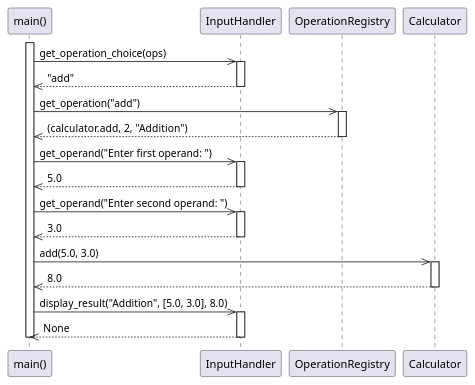
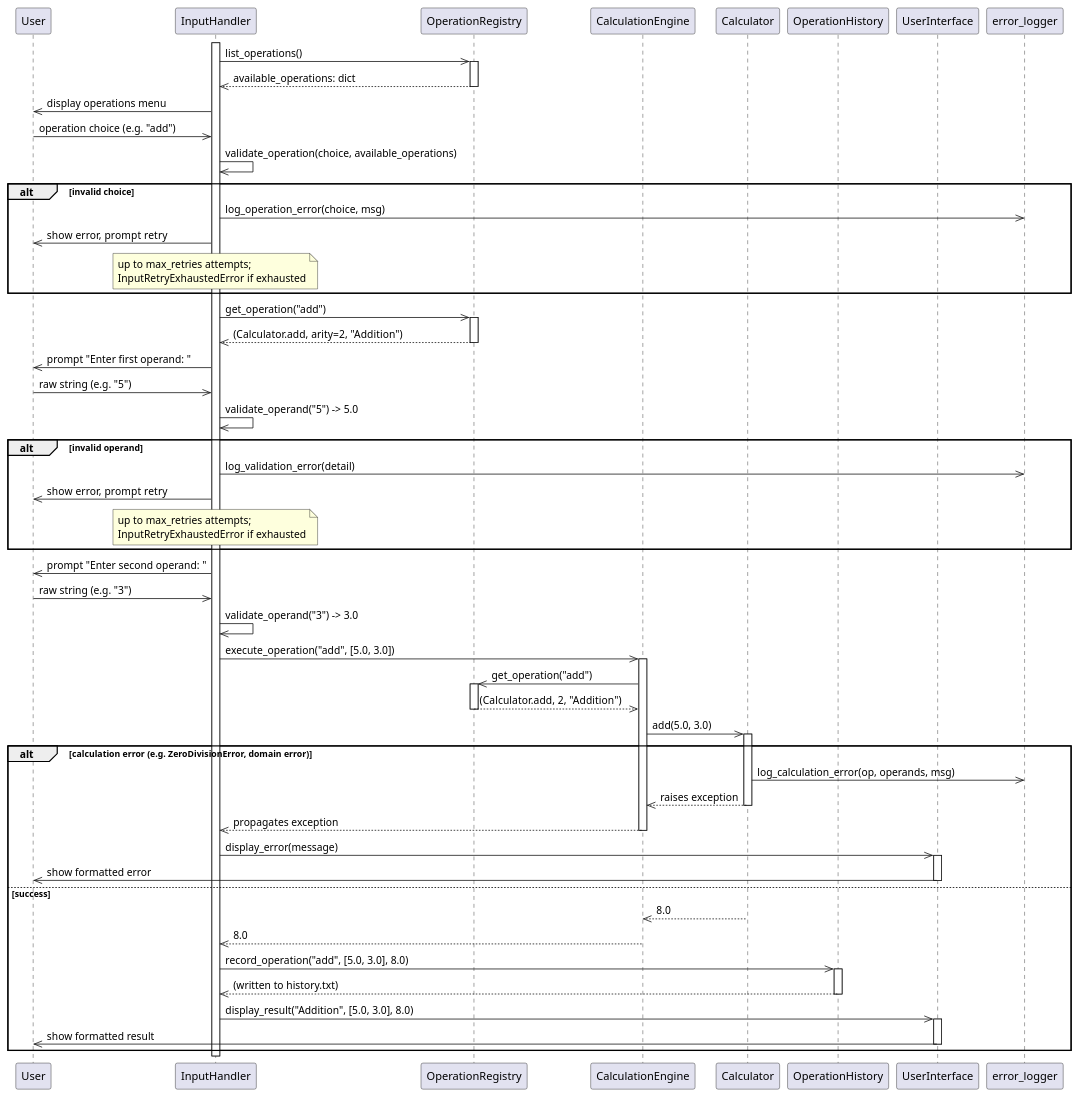
Before and after one commit to DanielRiha8906/Calculator_bachelor_autoevolution_team: the diagram in artifacts/sequence_diagram_operation_execution.puml, drawn with PlantUML. The commit also changed 3 other files, not shown here.

Commit message:
docs: update PlantUML diagrams for current architecture

```diff
--- a/artifacts/sequence_diagram_operation_execution.puml
+++ b/artifacts/sequence_diagram_operation_execution.puml
@@ -1,42 +1,89 @@
 @startuml sequence_diagram_operation_execution
 
-participant "main()" as main
+participant "User" as user
 participant "InputHandler" as handler
 participant "OperationRegistry" as registry
+participant "CalculationEngine" as engine
 participant "Calculator" as calc
+participant "OperationHistory" as history
+participant "UserInterface" as ui
+participant "error_logger" as logger
 
-activate main
+activate handler
 
-main ->> handler : get_operation_choice(ops)
-activate handler
-handler -->> main : "add"
+handler ->> registry : list_operations()
+activate registry
+registry -->> handler : available_operations: dict
+deactivate registry
+
+handler ->> user : display operations menu
+user ->> handler : operation choice (e.g. "add")
+
+handler ->> handler : validate_operation(choice, available_operations)
+
+alt invalid choice
+    handler ->> logger : log_operation_error(choice, msg)
+    handler ->> user : show error, prompt retry
+    note over handler : up to max_retries attempts;\nInputRetryExhaustedError if exhausted
+end
+
+handler ->> registry : get_operation("add")
+activate registry
+registry -->> handler : (Calculator.add, arity=2, "Addition")
+deactivate registry
+
+handler ->> user : prompt "Enter first operand: "
+user ->> handler : raw string (e.g. "5")
+handler ->> handler : validate_operand("5") -> 5.0
+
+alt invalid operand
+    handler ->> logger : log_validation_error(detail)
+    handler ->> user : show error, prompt retry
+    note over handler : up to max_retries attempts;\nInputRetryExhaustedError if exhausted
+end
+
+handler ->> user : prompt "Enter second operand: "
+user ->> handler : raw string (e.g. "3")
+handler ->> handler : validate_operand("3") -> 3.0
+
+handler ->> engine : execute_operation("add", [5.0, 3.0])
+activate engine
+
+engine ->> registry : get_operation("add")
+activate registry
+registry -->> engine : (Calculator.add, 2, "Addition")
+deactivate registry
+
+engine ->> calc : add(5.0, 3.0)
+activate calc
+
+alt calculation error (e.g. ZeroDivisionError, domain error)
+    calc ->> logger : log_calculation_error(op, operands, msg)
+    calc -->> engine : raises exception
+    deactivate calc
+    engine -->> handler : propagates exception
+    deactivate engine
+    handler ->> ui : display_error(message)
+    activate ui
+    ui ->> user : show formatted error
+    deactivate ui
+else success
+    calc -->> engine : 8.0
+    deactivate calc
+    engine -->> handler : 8.0
+    deactivate engine
+
+    handler ->> history : record_operation("add", [5.0, 3.0], 8.0)
+    activate history
+    history -->> handler : (written to history.txt)
+    deactivate history
+
+    handler ->> ui : display_result("Addition", [5.0, 3.0], 8.0)
+    activate ui
+    ui ->> user : show formatted result
+    deactivate ui
+end
+
 deactivate handler
 
-main ->> registry : get_operation("add")
-activate registry
-registry -->> main : (calculator.add, 2, "Addition")
-deactivate registry
-
-main ->> handler : get_operand("Enter first operand: ")
-activate handler
-handler -->> main : 5.0
-deactivate handler
-
-main ->> handler : get_operand("Enter second operand: ")
-activate handler
-handler -->> main : 3.0
-deactivate handler
-
-main ->> calc : add(5.0, 3.0)
-activate calc
-calc -->> main : 8.0
-deactivate calc
-
-main ->> handler : display_result("Addition", [5.0, 3.0], 8.0)
-activate handler
-handler -->> main : None
-deactivate handler
-
-deactivate main
-
 @enduml
```
